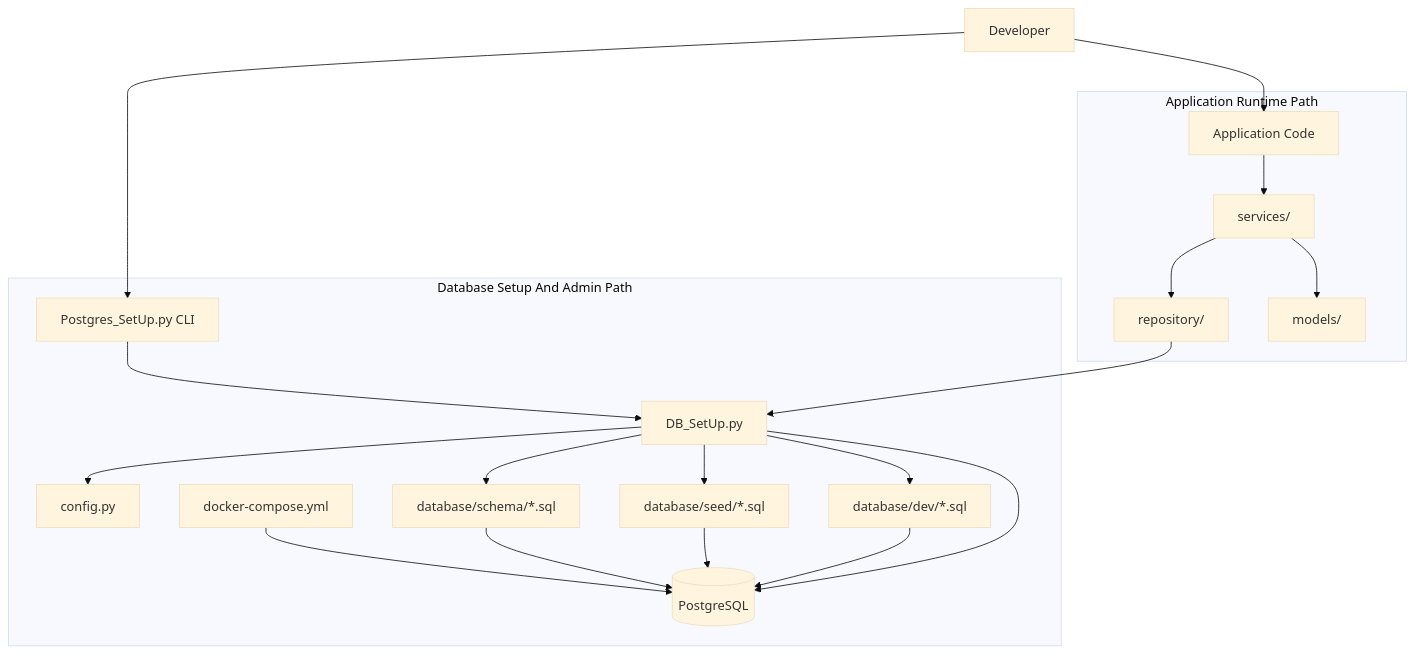
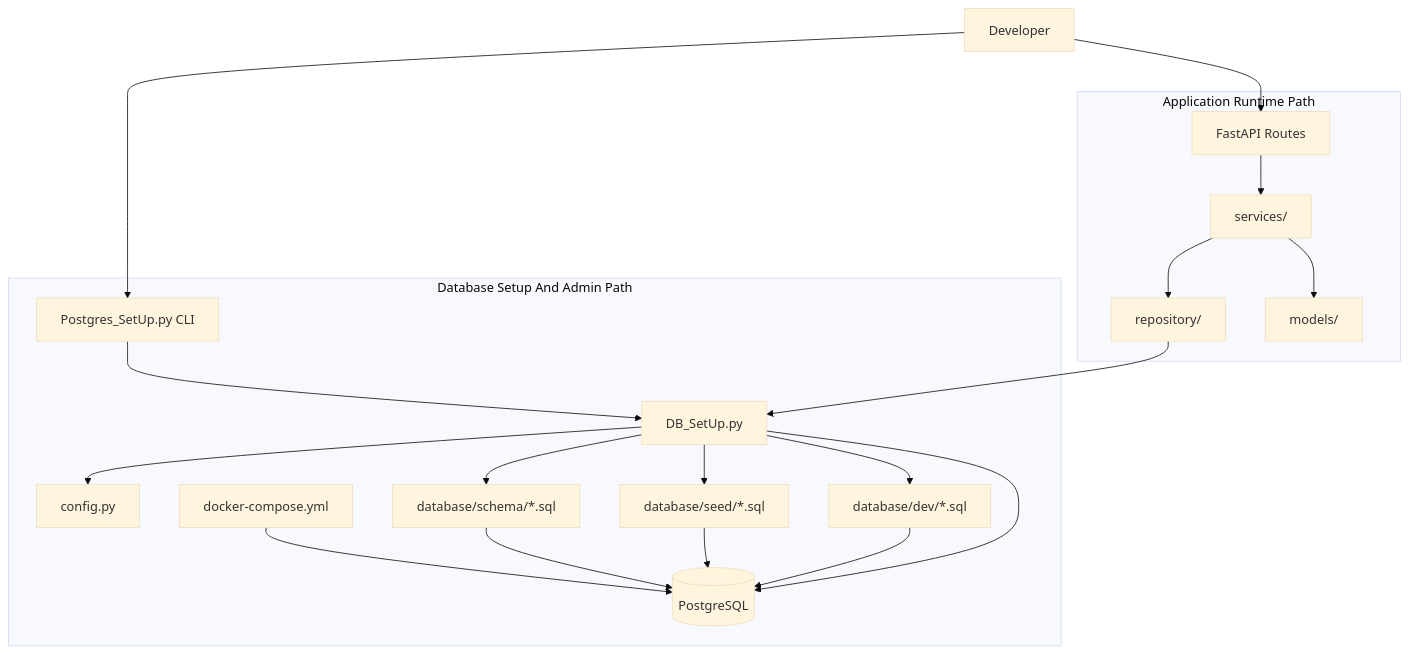
Before and after one commit to Shotza247/Containerized_PostgreSQL_DB_setup: the first of 3 diagrams in README.md, drawn with Mermaid (base theme). The commit also changed other lines of this file and 2 other files, not shown here.

````diff
--- a/README.md
+++ b/README.md
@@ -155,25 +248,25 @@
 ```mermaid
 flowchart TD
     A[Developer] --> B[Postgres_SetUp.py CLI]
-    A --> C[Application Code]
+    A --> C[FastAPI Routes]
 
     subgraph Setup["Database Setup And Admin Path"]
         B --> D[DB_SetUp.py]
         D --> E[config.py]
         D --> F[database/schema/*.sql]
         D --> G[database/seed/*.sql]
         D --> H[database/dev/*.sql]
         I[docker-compose.yml] --> J[(PostgreSQL)]
         F --> J
         G --> J
         H --> J
         D --> J
     end
 
     subgraph Runtime["Application Runtime Path"]
         C --> K[services/]
         K --> L[repository/]
         L --> D
         K --> M[models/]
     end
 ```
````
